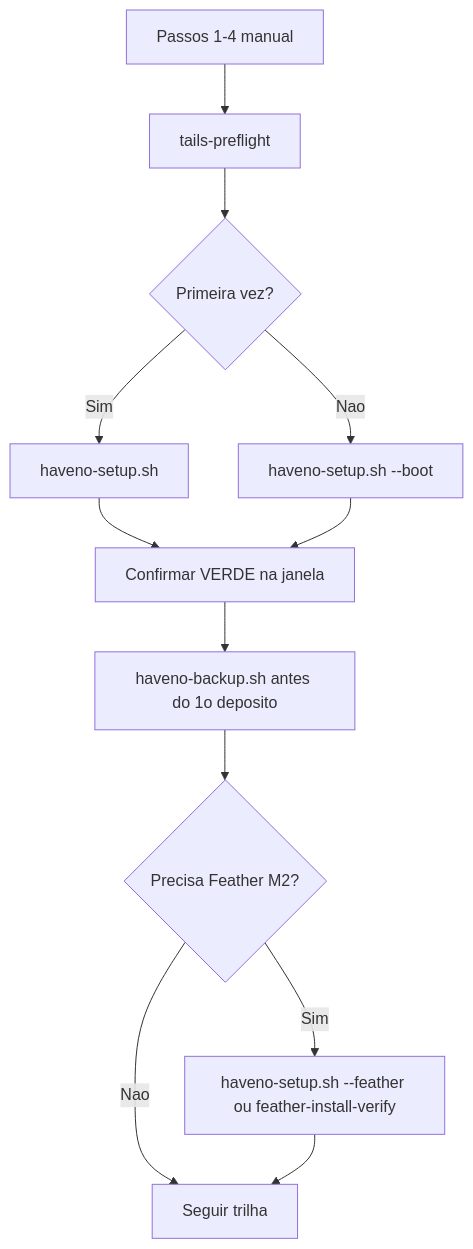
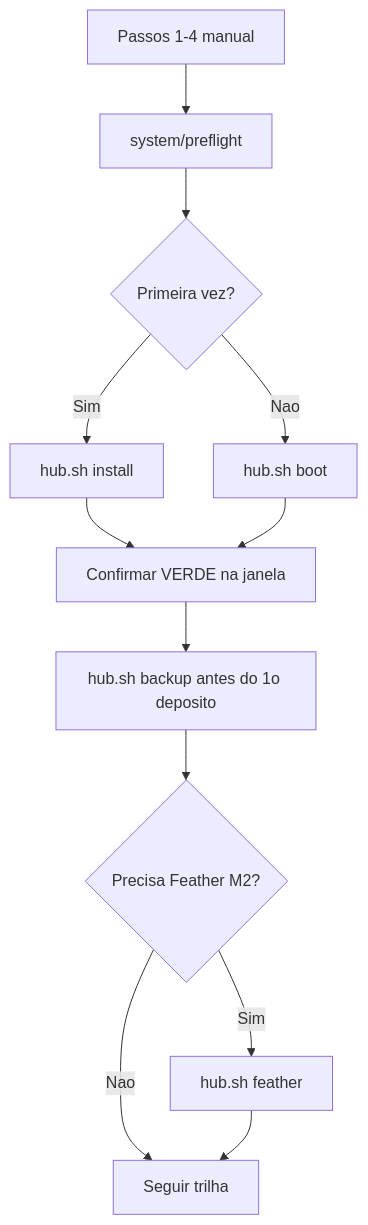
Before and after one commit to VIPs-com/Privacy-OS-Hub: the diagram in docs/MANUAL.md, drawn with Mermaid. The commit also changed other lines of this file and 7 other files, not shown here.

````diff
--- a/docs/MANUAL.md
+++ b/docs/MANUAL.md
@@ -394,14 +375,14 @@
 ```mermaid
 flowchart TD
-  M[Passos 1-4 manual] --> P[tails-preflight]
+  M[Passos 1-4 manual] --> P[system/preflight]
   P --> F{Primeira vez?}
-  F -->|Sim| S["haveno-setup.sh"]
-  F -->|Nao| B["haveno-setup.sh --boot"]
+  F -->|Sim| S["hub.sh install"]
+  F -->|Nao| B["hub.sh boot"]
   S --> V[Confirmar VERDE na janela]
   B --> V
-  V --> BK[haveno-backup.sh antes do 1o deposito]
+  V --> BK["hub.sh backup antes do 1o deposito"]
   BK --> FE{Precisa Feather M2?}
-  FE -->|Sim| FW["haveno-setup.sh --feather ou feather-install-verify"]
+  FE -->|Sim| FW["hub.sh feather"]
   FE -->|Nao| DONE[Seguir trilha]
   FW --> DONE
 ```
````
